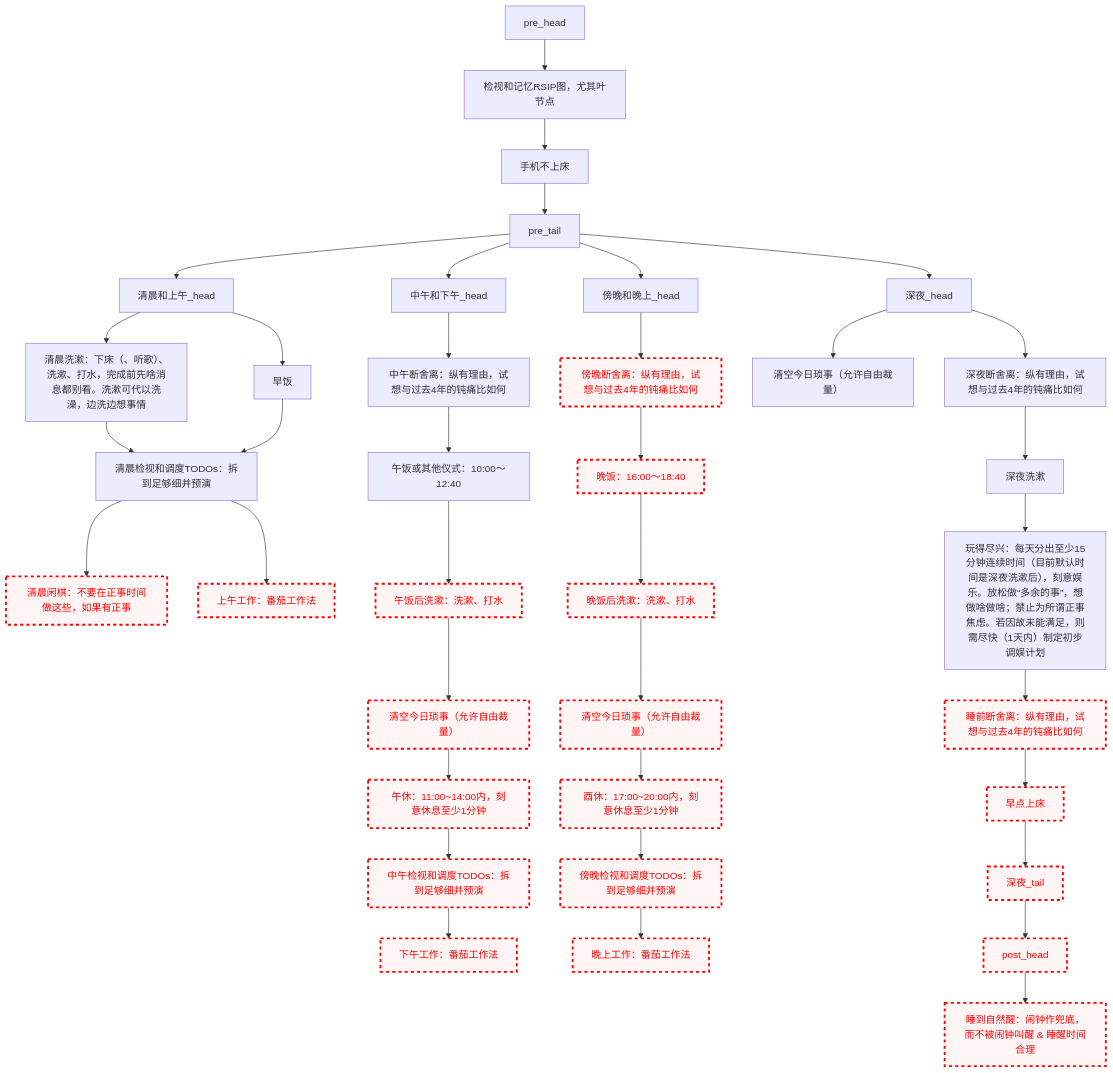
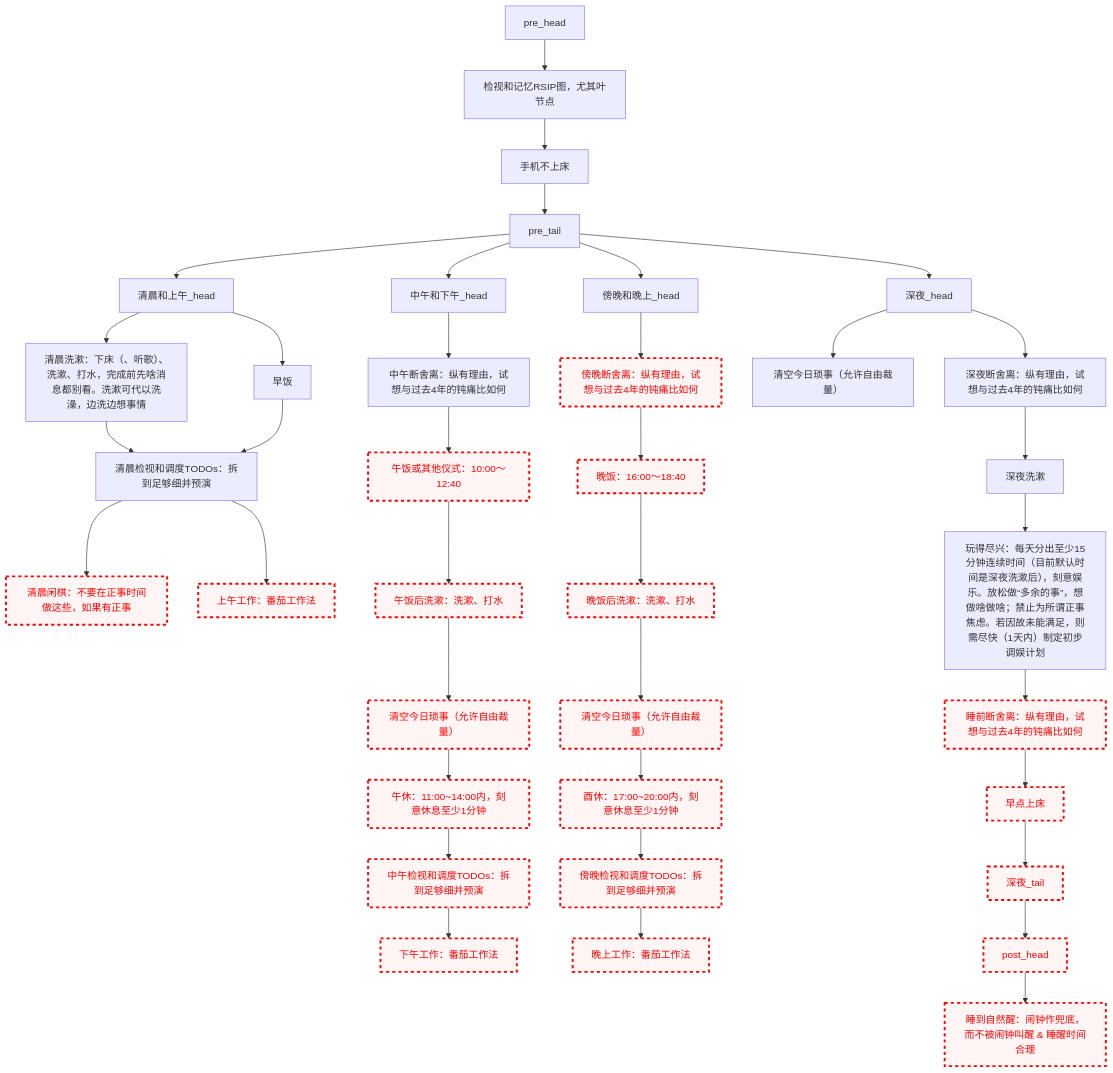
The diagram in README.md (Ethkuil/RSIP-tree), drawn with Mermaid before and after one commit.

Commit message:
disable 午饭

````diff
--- a/README.md
+++ b/README.md
@@ -21,68 +21,69 @@
 ```mermaid
 graph TD
 
 classDef failed stroke:#ff0000, stroke-width:3px, color:#ff0000, fill:#fff5f5, stroke-dasharray: 5
 
 pre_head --> RSIP[检视和记忆RSIP图，尤其叶节点]
 RSIP --> 手机不上床
 手机不上床 --> pre_tail
 
 
 pre_tail --> 清晨和上午_head
 清晨和上午_head --> 清晨洗漱[清晨洗漱：下床（、听歌）、洗漱、打水，完成前先啥消息都别看。洗漱可代以洗澡，边洗边想事情]
 清晨和上午_head --> 早饭
 清晨洗漱 --> 清晨看TODO[清晨检视和调度TODOs：拆到足够细并预演]
 早饭 --> 清晨看TODO
 清晨看TODO --> 清晨闲棋[清晨闲棋：不要在正事时间做这些，如果有正事]
 class 清晨闲棋 failed
 清晨看TODO --> 上午工作[上午工作：番茄工作法]
 class 上午工作 failed
 
 pre_tail --> 中午和下午_head
 中午和下午_head --> 中午断舍离[中午断舍离：纵有理由，试想与过去4年的钝痛比如何]
 中午断舍离 --> 午饭[午饭或其他仪式：10:00～12:40]
+class 午饭 failed
 午饭 --> 午饭后洗漱[午饭后洗漱：洗漱、打水]
 class 午饭后洗漱 failed
 午饭后洗漱 --> 中午今日琐事[清空今日琐事（允许自由裁量）]
 class 中午今日琐事 failed
 中午今日琐事 --> 午休[午休：11:00~14:00内，刻意休息至少1分钟]
 class 午休 failed
 午休 --> 中午看TODO[中午检视和调度TODOs：拆到足够细并预演]
 class 中午看TODO failed
 中午看TODO --> 下午工作[下午工作：番茄工作法]
 class 下午工作 failed
 
 pre_tail --> 傍晚和晚上_head
 傍晚和晚上_head --> 傍晚断舍离[傍晚断舍离：纵有理由，试想与过去4年的钝痛比如何]
 class 傍晚断舍离 failed
 傍晚断舍离 --> 晚饭[晚饭：16:00～18:40]
 class 晚饭 failed
 晚饭 --> 晚饭后洗漱[晚饭后洗漱：洗漱、打水]
 class 晚饭后洗漱 failed
 晚饭后洗漱 --> 傍晚今日琐事[清空今日琐事（允许自由裁量）]
 class 傍晚今日琐事 failed
 傍晚今日琐事 --> 酉休[酉休：17:00~20:00内，刻意休息至少1分钟]
 class 酉休 failed
 酉休 --> 傍晚看TODO[傍晚检视和调度TODOs：拆到足够细并预演]
 class 傍晚看TODO failed
 傍晚看TODO --> 晚上工作[晚上工作：番茄工作法]
 class 晚上工作 failed
 
 pre_tail --> 深夜_head
 深夜_head --> 深夜今日琐事[清空今日琐事（允许自由裁量）]
 深夜_head --> 深夜断舍离[深夜断舍离：纵有理由，试想与过去4年的钝痛比如何]
 深夜断舍离 --> 深夜洗漱
 深夜洗漱 --> 玩得尽兴[玩得尽兴：每天分出至少15分钟连续时间（目前默认时间是深夜洗漱后），刻意娱乐。放松做“多余的事”，想做啥做啥；禁止为所谓正事焦虑。若因故未能满足，则需尽快（1天内）制定初步调娱计划]
 玩得尽兴 --> 睡前断舍离[睡前断舍离：纵有理由，试想与过去4年的钝痛比如何]
 class 睡前断舍离 failed
 睡前断舍离 --> 早点上床
 class 早点上床 failed
 早点上床 --> 深夜_tail
 class 深夜_tail failed
 
 
 深夜_tail --> post_head
 class post_head failed
 post_head --> 睡到自然醒[睡到自然醒：闹钟作兜底，而不被闹钟叫醒 & 睡醒时间合理]
 class 睡到自然醒 failed
 ```
````
